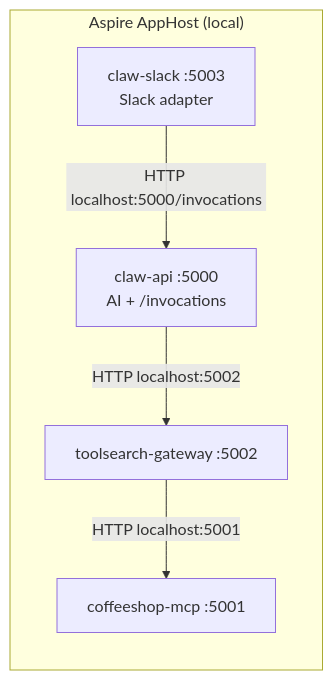
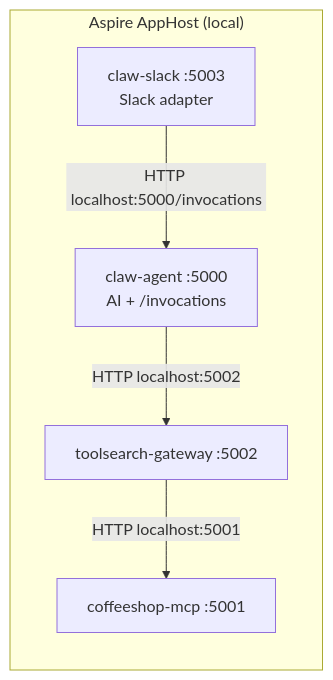
One commit to thangchung/agent-engineering-experiment changed the second of 3 diagrams in foundry-agentfx/refactor_foundry.md. Above: the diagram before and after it, drawn with Mermaid. The commit also changed other lines of this file and 39 other files, not shown here.

````diff
--- a/foundry-agentfx/refactor_foundry.md
+++ b/foundry-agentfx/refactor_foundry.md
@@ -194,13 +194,13 @@
 ```mermaid
 flowchart LR
     subgraph "Aspire AppHost (local)"
         CMS2[coffeeshop-mcp :5001]
         TSG2[toolsearch-gateway :5002]
-        CA2[claw-api :5000<br/>AI + /invocations]
+        CA2[claw-agent :5000<br/>AI + /invocations]
         CS2[claw-slack :5003<br/>Slack adapter]
     end
 
     CS2 -->|HTTP localhost:5000/invocations| CA2
     CA2 -->|HTTP localhost:5002| TSG2
     TSG2 -->|HTTP localhost:5001| CMS2
 ```
````
